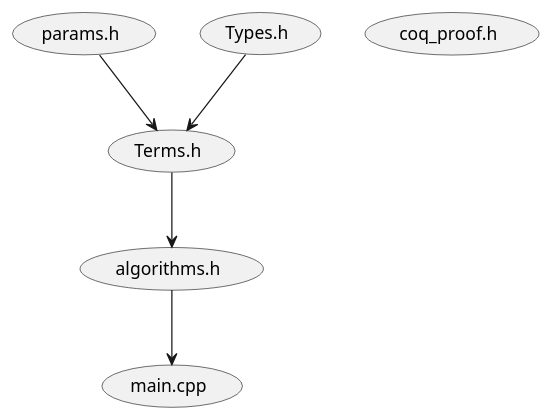
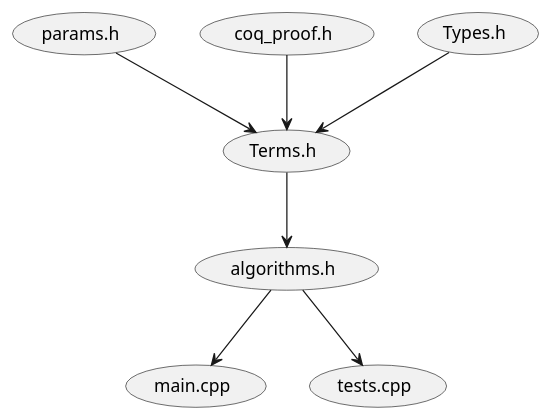
The diagram in assets/file-depend.puml (CudraniaTrec/Proof2Prog-demo), drawn with PlantUML before and after one commit. The commit also changed 270 other files, not shown here.

```diff
--- a/assets/file-depend.puml
+++ b/assets/file-depend.puml
@@ -1,15 +1,18 @@
 @startuml
 
 (params.h) as param
 (coq_proof.h) as proof
 (Types.h) as type
 (Terms.h) as term
 (algorithms.h) as algo
 (main.cpp) as main
+(tests.cpp) as test
 
 param --> term
 type --> term
 term --> algo
 algo --> main
+algo --> test
+proof --> term
 
 @enduml
```
